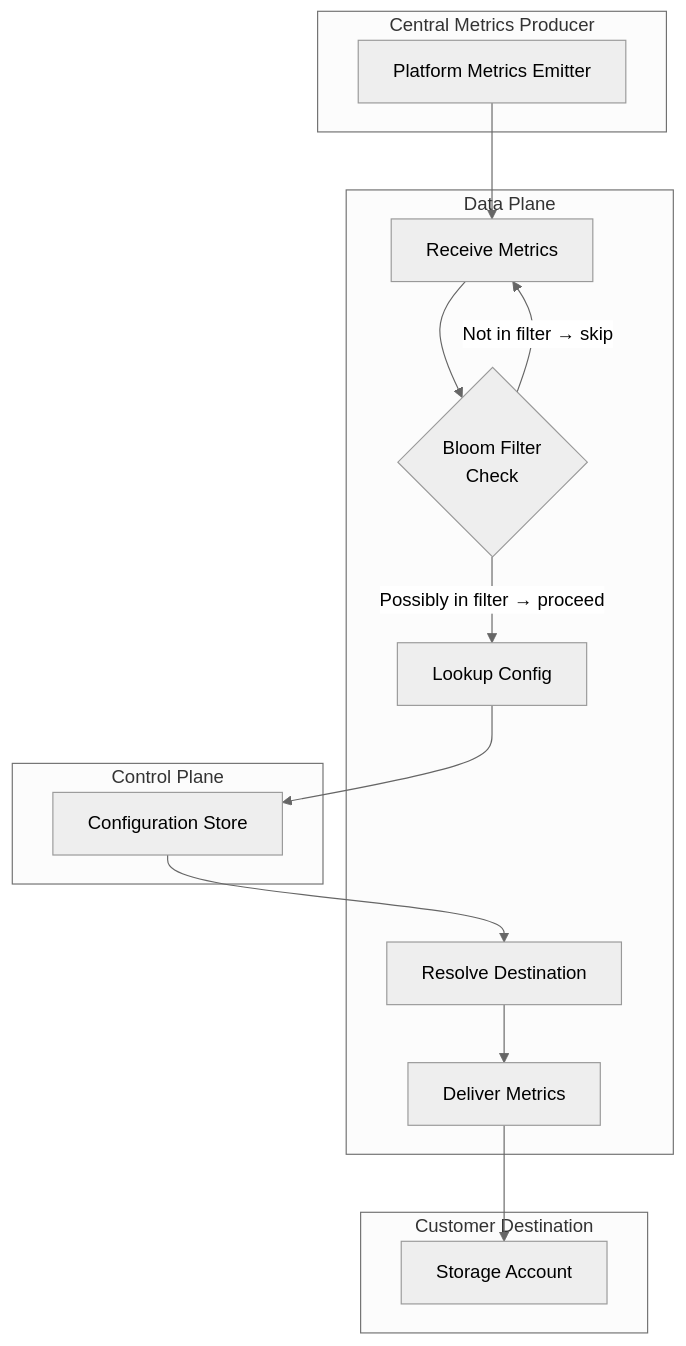
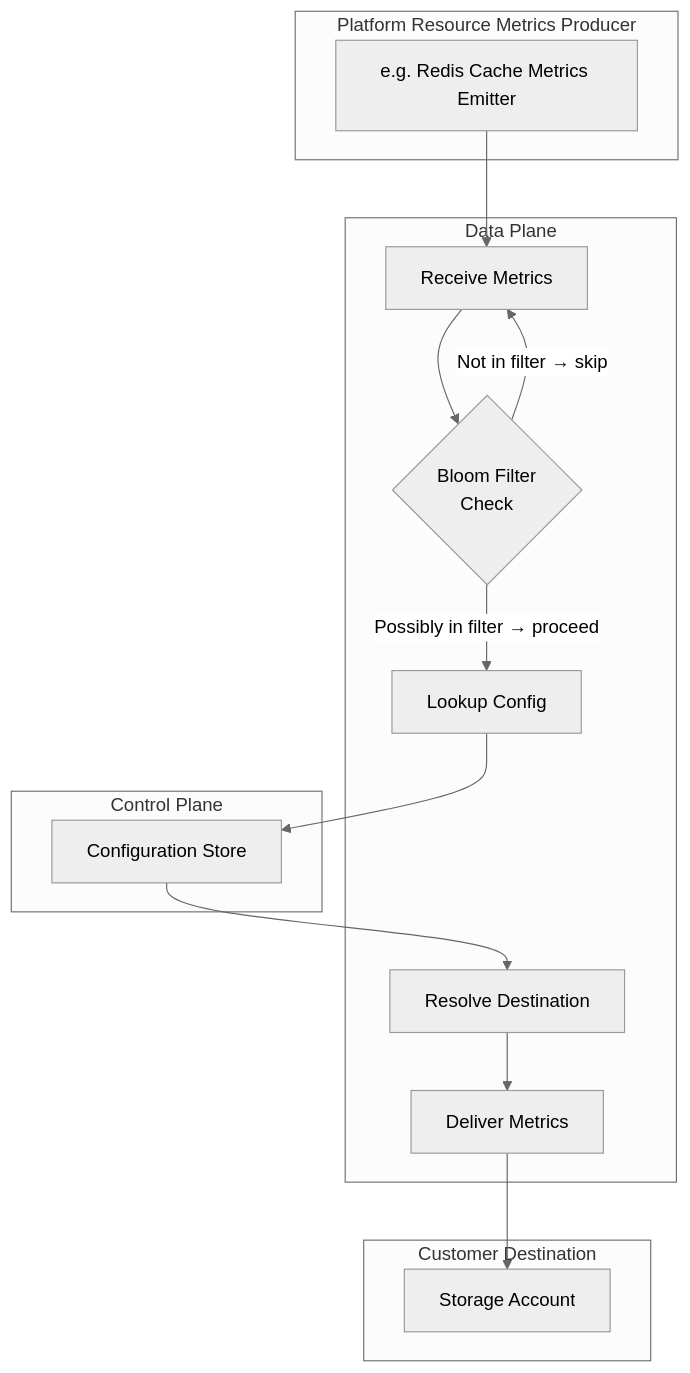
The fourth of 5 diagrams in AWS/Msft/e2e.md (mvsnbharath/Design), drawn with Mermaid (neutral theme) before and after one commit. The commit also changed other lines of this file, not shown here.

````diff
--- a/AWS/Msft/e2e.md
+++ b/AWS/Msft/e2e.md
@@ -73,31 +73,31 @@
 ```mermaid
 flowchart TB
-    subgraph Producer[Central Metrics Producer]
-        P[Platform Metrics Emitter]
+    subgraph Producer[Platform Resource Metrics Producer]
+        P[e.g. Redis Cache Metrics Emitter]
     end
 
     subgraph DataPlane[Data Plane]
         D1[Receive Metrics]
         BF{Bloom Filter<br/>Check}
         D2[Lookup Config]
         D3[Resolve Destination]
         D4[Deliver Metrics]
     end
 
     subgraph ControlPlane[Control Plane]
         CP[Configuration Store]
     end
 
     subgraph Customer[Customer Destination]
         SA[Storage Account]
     end
 
     P --> D1
     D1 --> BF
     BF -->|Not in filter → skip| D1
     BF -->|Possibly in filter → proceed| D2
     D2 --> CP
     CP --> D3
     D3 --> D4
     D4 --> SA
 ```
````
